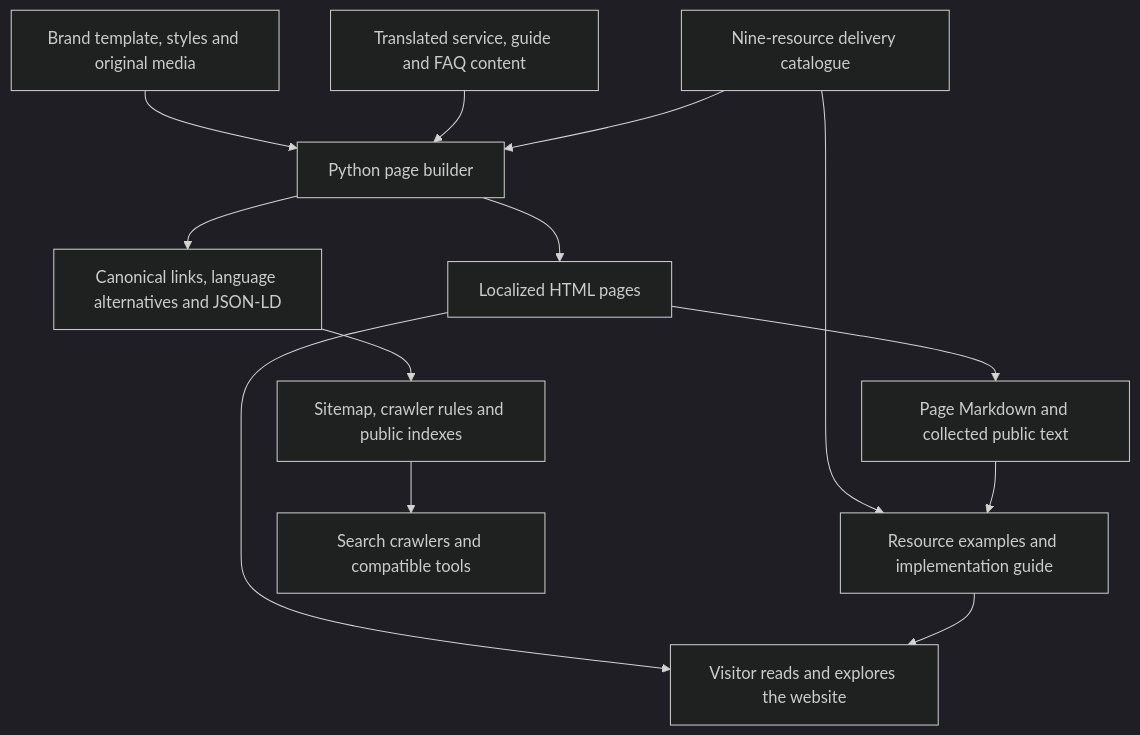
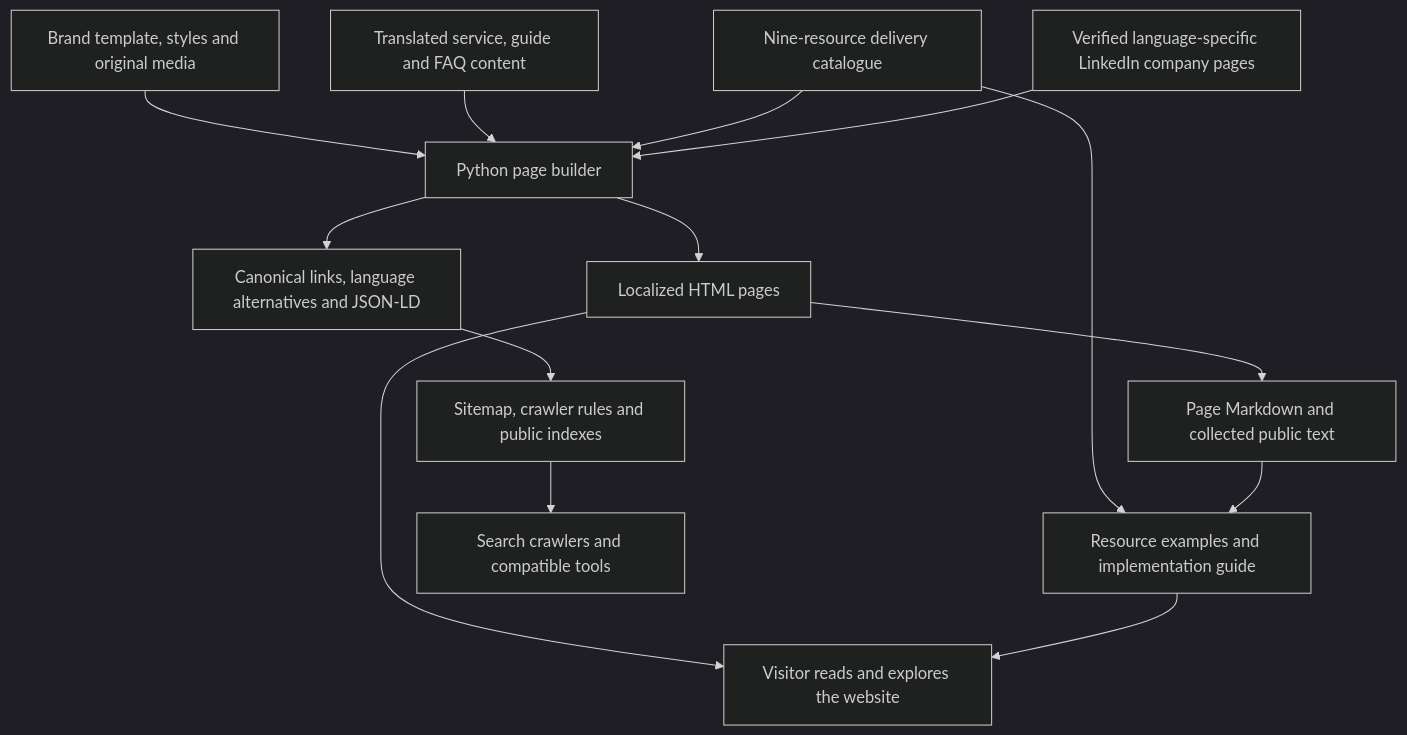
Before and after one commit to nqmaikel/llops: the first of 3 diagrams in README.md, drawn with Mermaid (dark theme). The commit also changed other lines of this file, not shown here.

````diff
--- a/README.md
+++ b/README.md
@@ -68,15 +68,16 @@
 ```mermaid
 flowchart TB
     Templates["Brand template, styles and original media"] --> Builder["Python page builder"]
     Content["Translated service, guide and FAQ content"] --> Builder
     Catalogue["Nine-resource delivery catalogue"] --> Builder
     Builder --> HTML["Localized HTML pages"]
+    Identity["Verified language-specific LinkedIn company pages"] --> Builder
     Builder --> Metadata["Canonical links, language alternatives and JSON-LD"]
     HTML --> Text["Page Markdown and collected public text"]
     Metadata --> Discovery["Sitemap, crawler rules and public indexes"]
     Catalogue --> Examples["Resource examples and implementation guide"]
     Text --> Examples
     HTML --> Browser["Visitor reads and explores the website"]
     Examples --> Browser
     Discovery --> Readers["Search crawlers and compatible tools"]
 ```
````
